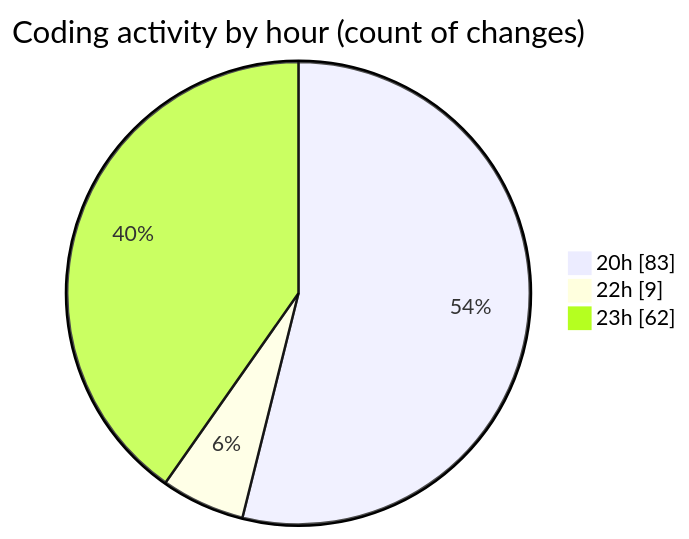
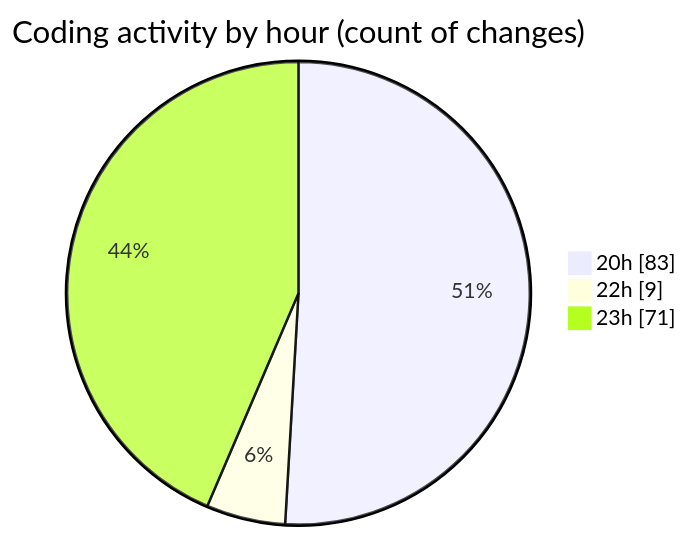
One commit to Ritupan-Deka/code-tracking changed the second of 2 diagrams in 2025-07-26/javascript/README.md. Above: the diagram before and after it, drawn with Mermaid. The commit also changed other lines of this file and 1 other file, not shown here.

````diff
--- a/2025-07-26/javascript/README.md
+++ b/2025-07-26/javascript/README.md
@@ -29,7 +29,7 @@
 ```mermaid
 pie showData
 title Coding activity by hour (count of changes)
 "20h" : 83
 "22h" : 9
-"23h" : 62
+"23h" : 71
 ```
````
